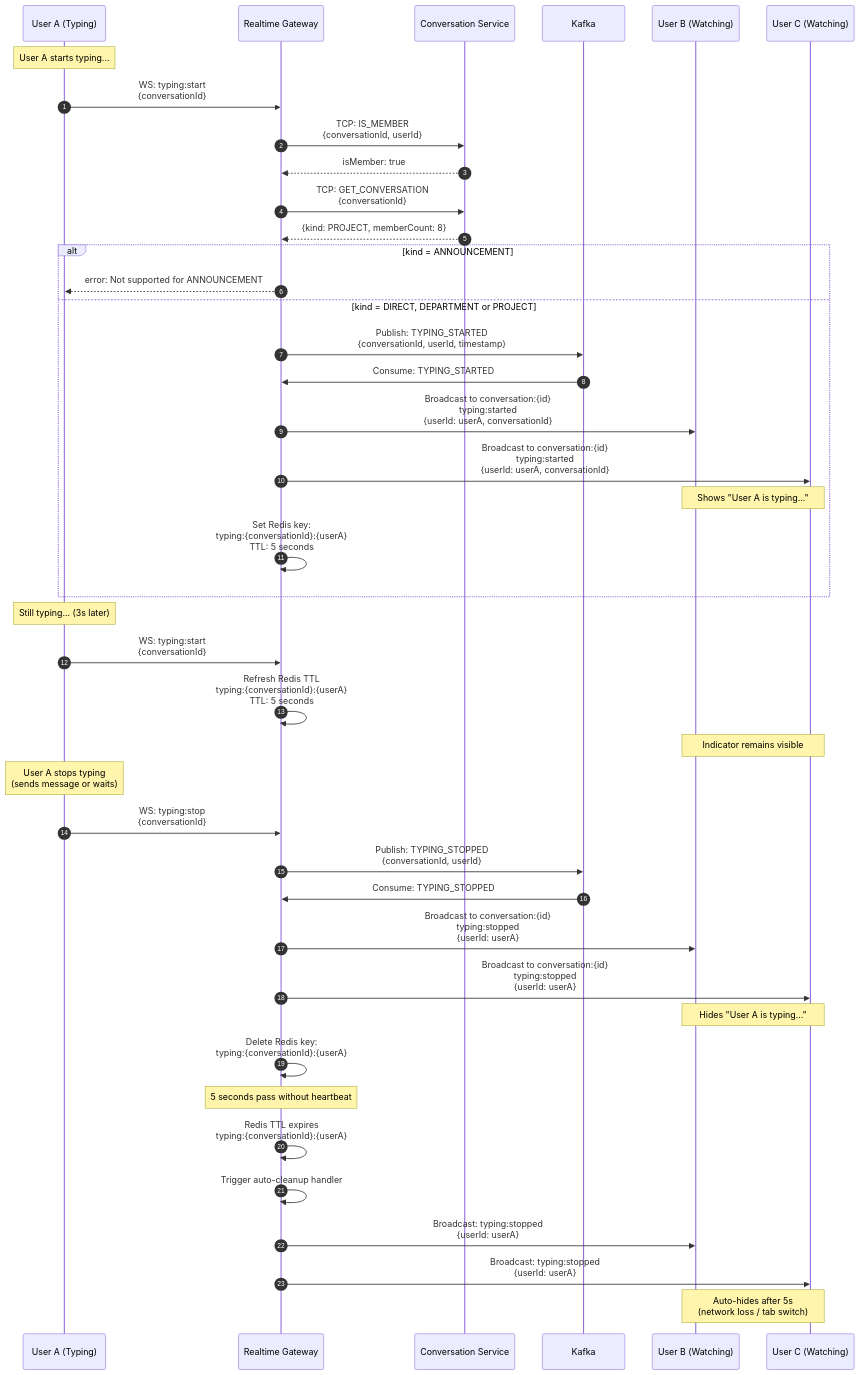
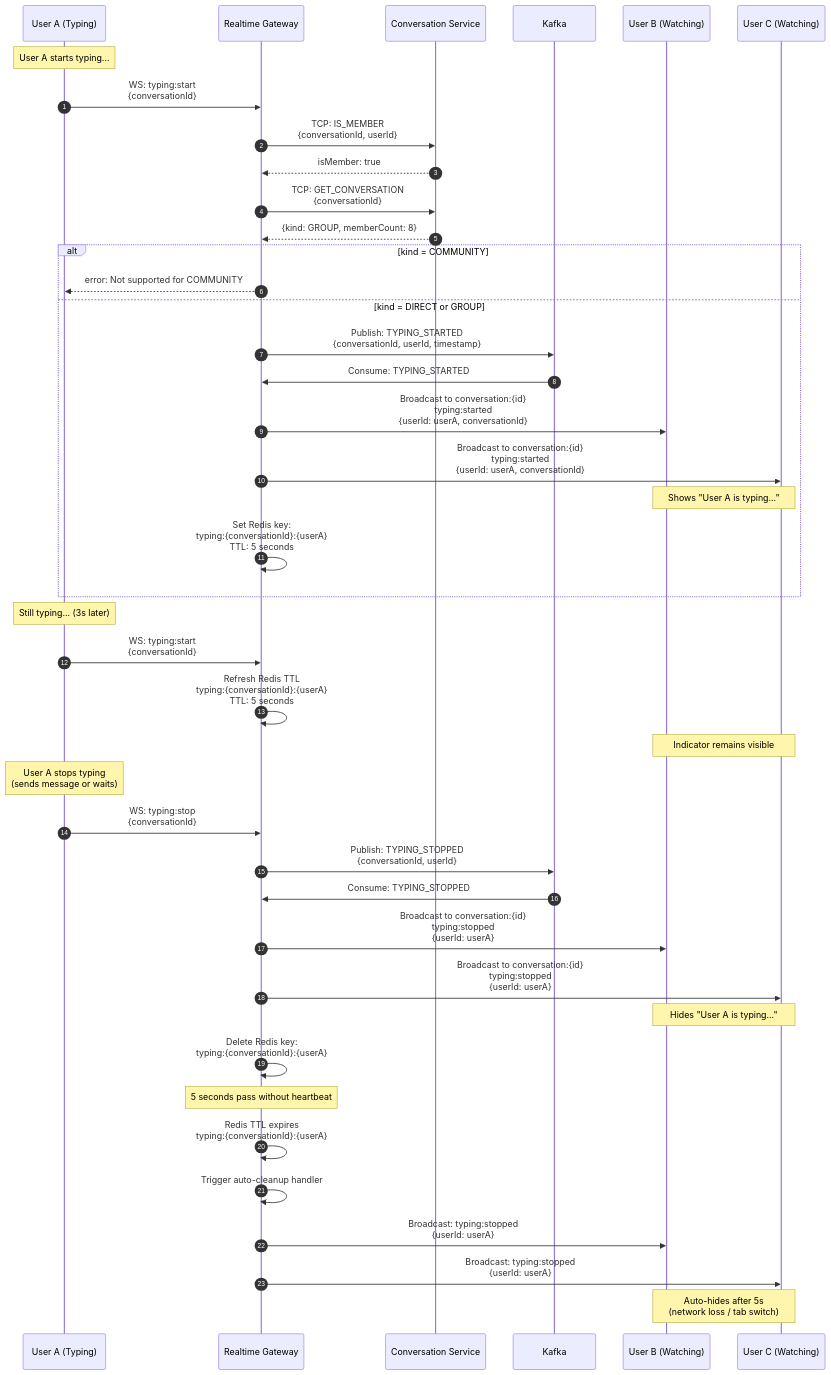
One commit to nguyenhung204/Zolo changed the second of 13 diagrams in docs_backend/diagrams/message-flows.md. Above: the diagram before and after it, drawn with Mermaid. The commit also changed other lines of this file and 57 other files, not shown here.

````diff
--- a/docs_backend/diagrams/message-flows.md
+++ b/docs_backend/diagrams/message-flows.md
@@ -291,69 +166,69 @@
 ```mermaid
 sequenceDiagram
     autonumber
     participant UserA as User A (Typing)
     participant RealtimeGW as Realtime Gateway
     participant ConvSvc as Conversation Service
     participant Kafka
     participant UserB as User B (Watching)
     participant UserC as User C (Watching)
 
     %% User A starts typing
     Note over UserA: User A starts typing...
     UserA->>RealtimeGW: WS: typing:start<br/>{conversationId}
 
     %% Validate membership
     RealtimeGW->>ConvSvc: TCP: IS_MEMBER<br/>{conversationId, userId}
     ConvSvc-->>RealtimeGW: isMember: true
 
     %% Check conversation kind
     RealtimeGW->>ConvSvc: TCP: GET_CONVERSATION<br/>{conversationId}
-    ConvSvc-->>RealtimeGW: {kind: PROJECT, memberCount: 8}
+    ConvSvc-->>RealtimeGW: {kind: GROUP, memberCount: 8}
 
-    alt kind = ANNOUNCEMENT
-        RealtimeGW-->>UserA: error: Not supported for ANNOUNCEMENT
-    else kind = DIRECT, DEPARTMENT or PROJECT
+    alt kind = COMMUNITY
+        RealtimeGW-->>UserA: error: Not supported for COMMUNITY
+    else kind = DIRECT or GROUP
         %% Publish typing event to Kafka
         RealtimeGW->>Kafka: Publish: TYPING_STARTED<br/>{conversationId, userId, timestamp}
 
         %% Kafka delivers to Realtime Gateway
         Kafka->>RealtimeGW: Consume: TYPING_STARTED
 
         %% Broadcast to conversation room (exclude sender)
         RealtimeGW->>UserB: Broadcast to conversation:{id}<br/>typing:started<br/>{userId: userA, conversationId}
         RealtimeGW->>UserC: Broadcast to conversation:{id}<br/>typing:started<br/>{userId: userA, conversationId}
 
         Note over UserB,UserC: Shows "User A is typing..."
 
         %% Set TTL in Redis (auto-cleanup)
         RealtimeGW->>RealtimeGW: Set Redis key:<br/>typing:{conversationId}:{userA}<br/>TTL: 5 seconds
     end
 
     %% User A continues typing (heartbeat)
     Note over UserA: Still typing... (3s later)
     UserA->>RealtimeGW: WS: typing:start<br/>{conversationId}
     RealtimeGW->>RealtimeGW: Refresh Redis TTL<br/>typing:{conversationId}:{userA}<br/>TTL: 5 seconds
     Note over UserB,UserC: Indicator remains visible
 
     %% User A stops typing
     Note over UserA: User A stops typing<br/>(sends message or waits)
     UserA->>RealtimeGW: WS: typing:stop<br/>{conversationId}
 
     RealtimeGW->>Kafka: Publish: TYPING_STOPPED<br/>{conversationId, userId}
     Kafka->>RealtimeGW: Consume: TYPING_STOPPED
 
     RealtimeGW->>UserB: Broadcast to conversation:{id}<br/>typing:stopped<br/>{userId: userA}
     RealtimeGW->>UserC: Broadcast to conversation:{id}<br/>typing:stopped<br/>{userId: userA}
     Note over UserB,UserC: Hides "User A is typing..."
 
     RealtimeGW->>RealtimeGW: Delete Redis key:<br/>typing:{conversationId}:{userA}
 
     %% Auto-cleanup scenario
     Note over RealtimeGW: 5 seconds pass without heartbeat
     RealtimeGW->>RealtimeGW: Redis TTL expires<br/>typing:{conversationId}:{userA}
     RealtimeGW->>RealtimeGW: Trigger auto-cleanup handler
 
     RealtimeGW->>UserB: Broadcast: typing:stopped<br/>{userId: userA}
     RealtimeGW->>UserC: Broadcast: typing:stopped<br/>{userId: userA}
     Note over UserB,UserC: Auto-hides after 5s<br/>(network loss / tab switch)
 ```
````
